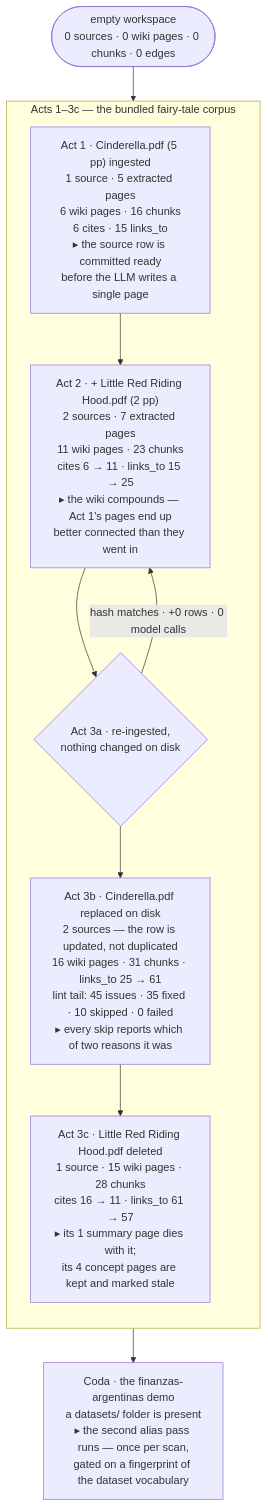
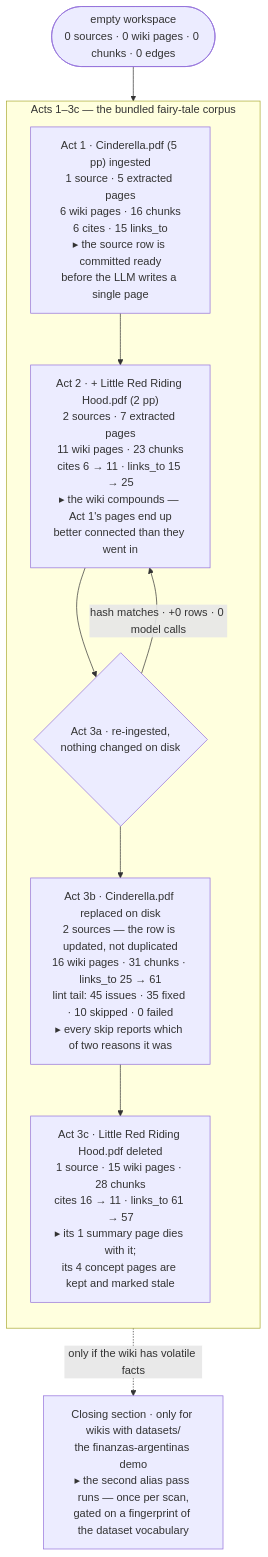
Before and after one commit to Clod/llmwiki-marimo: the first of 2 diagrams in docs/ingestion_walkthrough.md, drawn with Mermaid. The commit also changed other lines of this file and 2 other files, not shown here.

````diff
--- a/docs/ingestion_walkthrough.md
+++ b/docs/ingestion_walkthrough.md
@@ -284,19 +243,19 @@
 ```mermaid
 flowchart TD
     E(["empty workspace<br/>0 sources · 0 wiki pages · 0 chunks · 0 edges"])
 
     subgraph FT ["Acts 1–3c — the bundled fairy-tale corpus"]
         direction TB
         A1["Act 1 · Cinderella.pdf (5 pp) ingested<br/>1 source · 5 extracted pages<br/>6 wiki pages · 16 chunks<br/>6 cites · 15 links_to<br/>▸ the source row is committed ready<br/>before the LLM writes a single page"]
         A2["Act 2 · + Little Red Riding Hood.pdf (2 pp)<br/>2 sources · 7 extracted pages<br/>11 wiki pages · 23 chunks<br/>cites 6 → 11 · links_to 15 → 25<br/>▸ the wiki compounds — Act 1's pages end up<br/>better connected than they went in"]
         A3a{"Act 3a · re-ingested,<br/>nothing changed on disk"}
         A3b["Act 3b · Cinderella.pdf replaced on disk<br/>2 sources — the row is updated, not duplicated<br/>16 wiki pages · 31 chunks · links_to 25 → 61<br/>lint tail: 45 issues · 35 fixed · 10 skipped · 0 failed<br/>▸ every skip reports which of two reasons it was"]
         A3c["Act 3c · Little Red Riding Hood.pdf deleted<br/>1 source · 15 wiki pages · 28 chunks<br/>cites 16 → 11 · links_to 61 → 57<br/>▸ its 1 summary page dies with it;<br/>its 4 concept pages are kept and marked stale"]
     end
 
-    COD["Coda · the finanzas-argentinas demo<br/>a datasets/ folder is present<br/>▸ the second alias pass runs — once per scan,<br/>gated on a fingerprint of the dataset vocabulary"]
+    COD["Closing section · only for wikis with datasets/<br/>the finanzas-argentinas demo<br/>▸ the second alias pass runs — once per scan,<br/>gated on a fingerprint of the dataset vocabulary"]
 
     E --> A1 --> A2 --> A3a
     A3a -->|"hash matches · +0 rows · 0 model calls"| A2
-    A3a --> A3b --> A3c --> COD
+    A3a --> A3b --> A3c -.->|"only if the wiki has volatile facts"| COD
 ```
````
